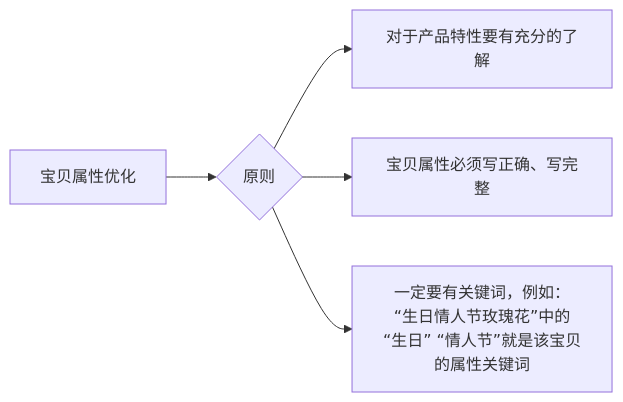
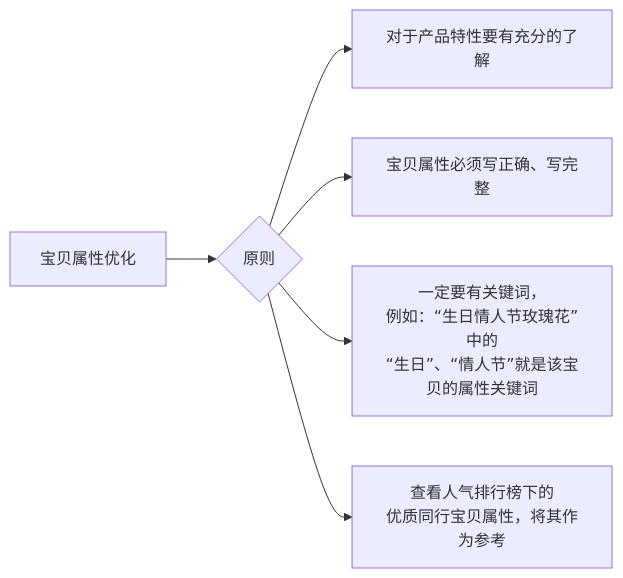
One commit to Hao1617/Obsidian changed the second of 2 diagrams in 淘宝天猫店铺运营实战.md. Above: the diagram before and after it, drawn with Mermaid. The commit also changed other lines of this file, not shown here.

````diff
--- a/淘宝天猫店铺运营实战.md
+++ b/淘宝天猫店铺运营实战.md
@@ -35,8 +35,9 @@
 ```mermaid
 
 graph LR
     A[宝贝属性优化] --> B{原则}
     B -->C[对于产品特性要有充分的了解]
     B -->D[宝贝属性必须写正确、写完整]
-    B -->E[一定要有关键词，例如：“生日情人节玫瑰花”中的“生日” “情人节”就是该宝贝的属性关键词]
+    B -->E[一定要有关键词，<br>例如：“生日情人节玫瑰花”中的<br>“生日”、“情人节”就是该宝贝的属性关键词]
+    B -->F[查看人气排行榜下的<br>优质同行宝贝属性，将其作为参考]
 ```
````
